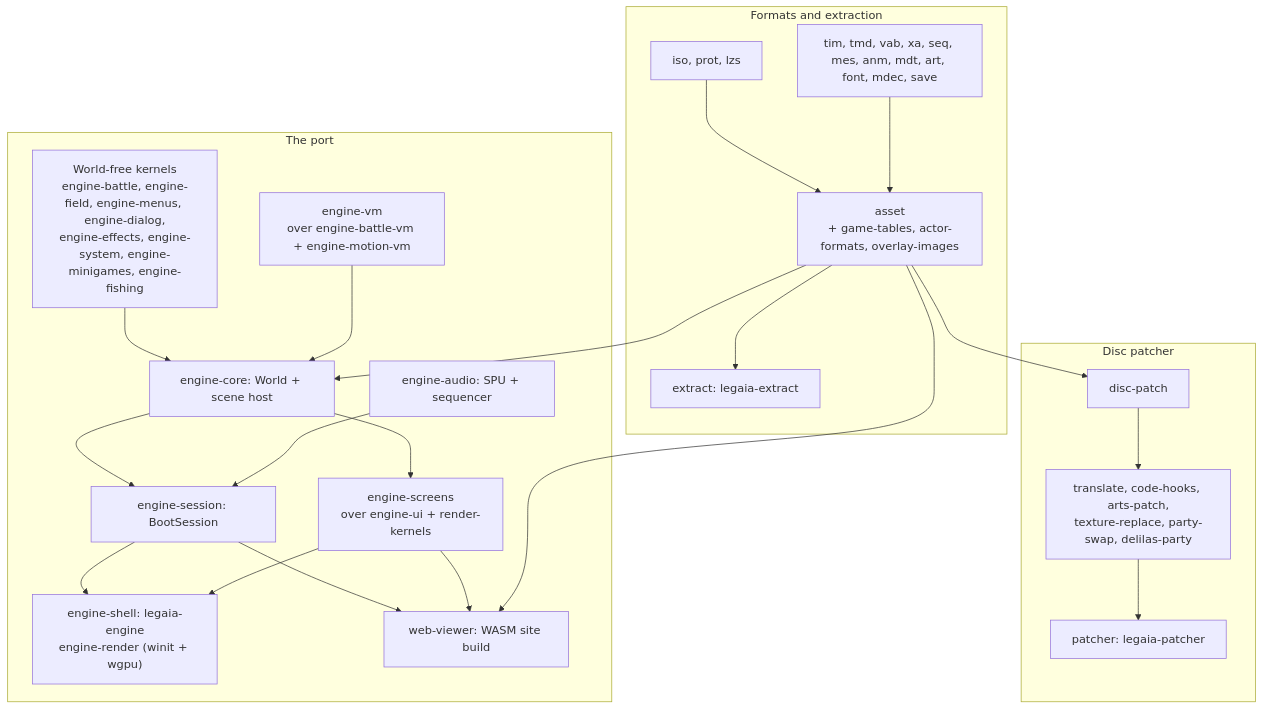
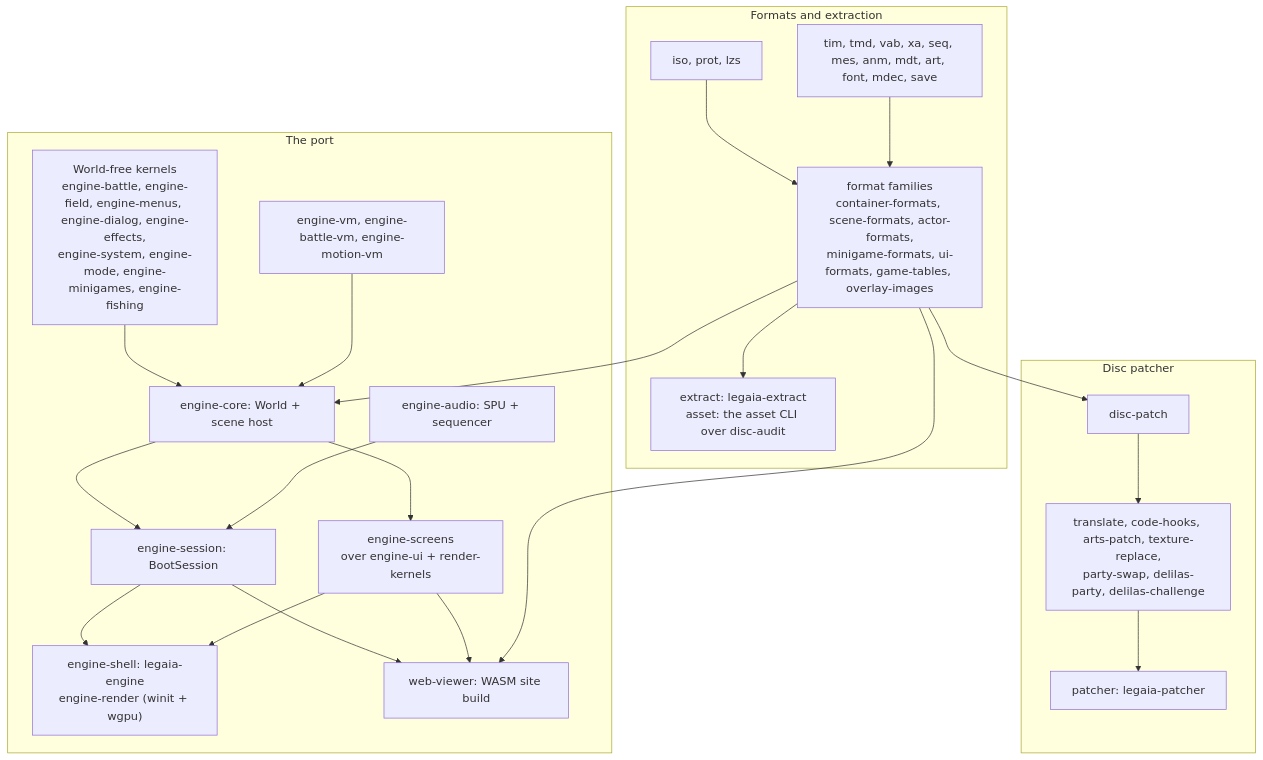
One commit to AndrewAltimit/legend-of-legaia-re changed the second of 2 diagrams in docs/overview.md. Above: the diagram before and after it, drawn with Mermaid. The commit also changed other lines of this file and 301 other files, not shown here.

````diff
--- a/docs/overview.md
+++ b/docs/overview.md
@@ -80,39 +80,39 @@
 ```mermaid
 flowchart TD
     subgraph formats["Formats and extraction"]
         container["iso, prot, lzs"]
-        hub["asset<br/>+ game-tables, actor-formats, overlay-images"]
+        hub["format families<br/>container-formats, scene-formats, actor-formats,<br/>minigame-formats, ui-formats, game-tables, overlay-images"]
         perfmt["tim, tmd, vab, xa, seq, mes, anm, mdt, art, font, mdec, save"]
-        extract["extract: legaia-extract"]
+        extract["extract: legaia-extract<br/>asset: the asset CLI over disc-audit"]
         container --> hub --> extract
         perfmt --> hub
     end
     subgraph port["The port"]
-        kernels["World-free kernels<br/>engine-battle, engine-field, engine-menus, engine-dialog,<br/>engine-effects, engine-system, engine-minigames, engine-fishing"]
-        vm["engine-vm<br/>over engine-battle-vm + engine-motion-vm"]
+        kernels["World-free kernels<br/>engine-battle, engine-field, engine-menus, engine-dialog, engine-effects,<br/>engine-system, engine-mode, engine-minigames, engine-fishing"]
+        vm["engine-vm, engine-battle-vm, engine-motion-vm"]
         core["engine-core: World + scene host"]
         audio["engine-audio: SPU + sequencer"]
         session["engine-session: BootSession"]
         present["engine-screens<br/>over engine-ui + render-kernels"]
         native["engine-shell: legaia-engine<br/>engine-render (winit + wgpu)"]
         web["web-viewer: WASM site build"]
         kernels --> core
         vm --> core
         core --> session
         audio --> session
         core --> present
         session --> native
         session --> web
         present --> native
         present --> web
     end
     subgraph mod["Disc patcher"]
         dp["disc-patch"]
-        layers["translate, code-hooks, arts-patch,<br/>texture-replace, party-swap, delilas-party"]
+        layers["translate, code-hooks, arts-patch, texture-replace,<br/>party-swap, delilas-party, delilas-challenge"]
         patcher["patcher: legaia-patcher"]
         dp --> layers --> patcher
     end
     hub --> core
     hub --> dp
     hub --> web
 ```
````
